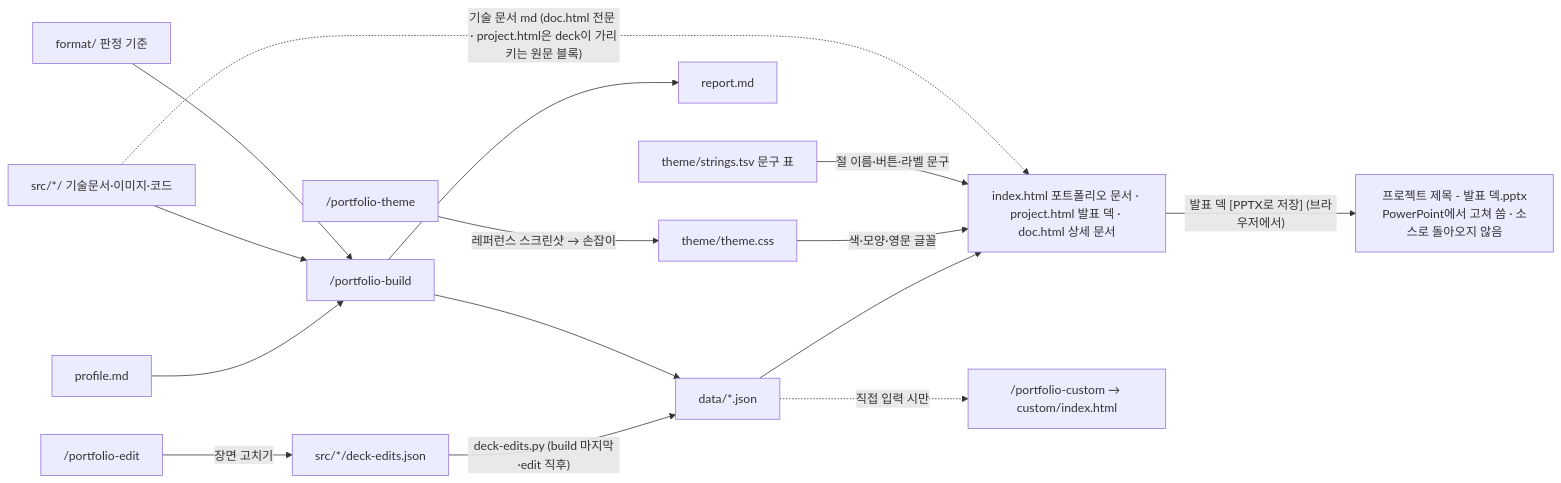
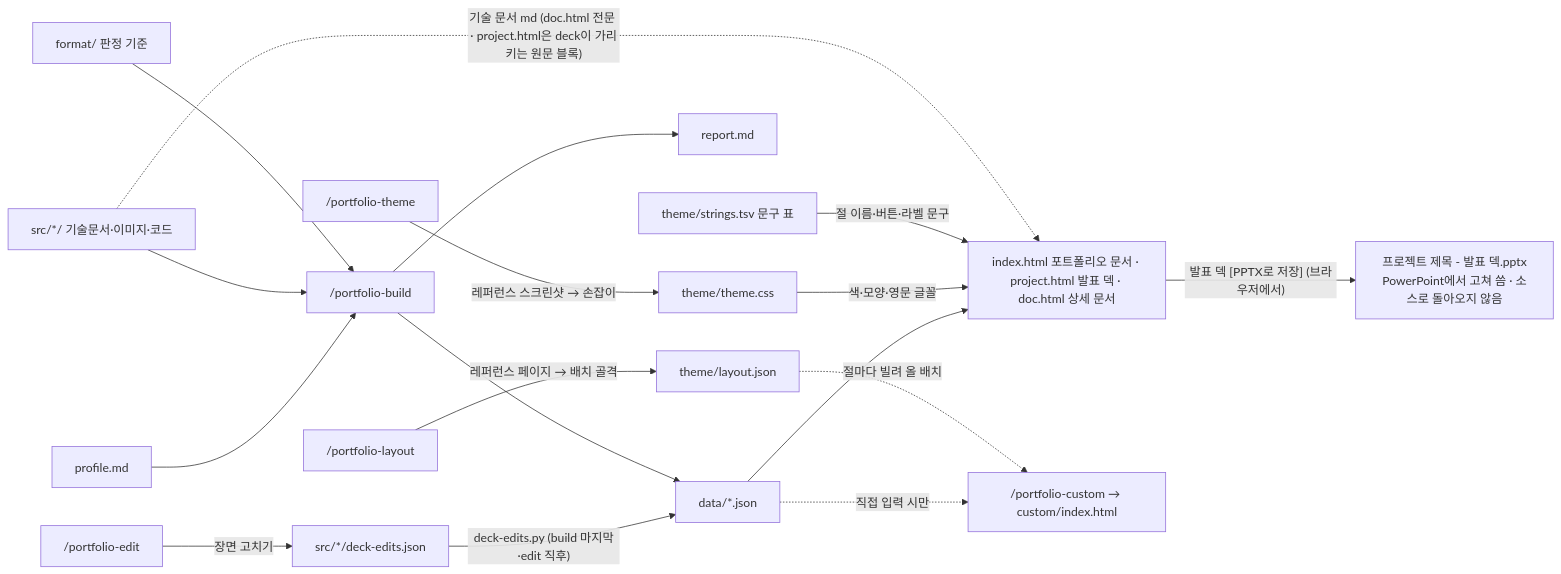
The diagram in CLAUDE.md (krr6606/krr6606.github.io), drawn with Mermaid before and after one commit. The commit also changed other lines of this file and 6 other files, not shown here.

First line of the commit message:
/portfolio-layout: 레퍼런스 페이지의 배치 골격을 재서 /portfolio-custom에 쓰기

````diff
--- a/CLAUDE.md
+++ b/CLAUDE.md
@@ -41,17 +42,19 @@
 ```mermaid
 flowchart LR
     P["profile.md"] --> B["/portfolio-build"]
     S["src/*/ 기술문서·이미지·코드"] --> B
     F["format/ 판정 기준"] --> B
     E["/portfolio-edit"] -->|"장면 고치기"| X["src/*/deck-edits.json"]
     X -->|"deck-edits.py (build 마지막·edit 직후)"| D
     B --> D["data/*.json"]
     B --> R["report.md"]
     D --> I["index.html 포트폴리오 문서 · project.html 발표 덱 · doc.html 상세 문서"]
     T["/portfolio-theme"] -->|"레퍼런스 스크린샷 → 손잡이"| TC["theme/theme.css"]
     TC -->|"색·모양·영문 글꼴"| I
     SR["theme/strings.tsv 문구 표"] -->|"절 이름·버튼·라벨 문구"| I
     S -.->|"기술 문서 md (doc.html 전문 · project.html은 deck이 가리키는 원문 블록)"| I
     D -.->|"직접 입력 시만"| C["/portfolio-custom → custom/index.html"]
+    LY["/portfolio-layout"] -->|"레퍼런스 페이지 → 배치 골격"| LJ["theme/layout.json"]
+    LJ -.->|"절마다 빌려 올 배치"| C
     I -->|"발표 덱 [PPTX로 저장] (브라우저에서)"| PX["프로젝트 제목 - 발표 덱.pptx<br/>PowerPoint에서 고쳐 씀 · 소스로 돌아오지 않음"]
 ```
````
